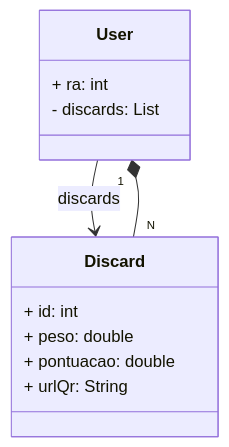
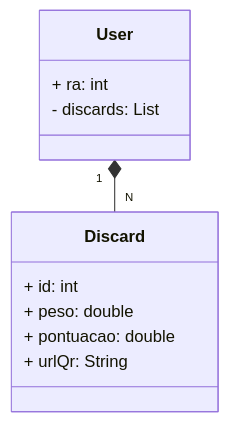
One commit to Grupo-CFC/Recicl.Ae-docs changed the diagram in classDiagram.md. Above: the diagram before and after it, drawn with Mermaid.

Commit message:
alteração de exibição do diagrama

````diff
--- a/classDiagram.md
+++ b/classDiagram.md
@@ -3,17 +3,15 @@
 ```mermaid
 classDiagram
   class User {
     + ra: int
     - discards: List<Discard>
   }
   class Discard {
     + id: int
     + peso: double
     + pontuacao: double
     + urlQr: String
   }
 
-  User --> Discard : discards
-
   User "1" *-- "N" Discard
 ```
````
